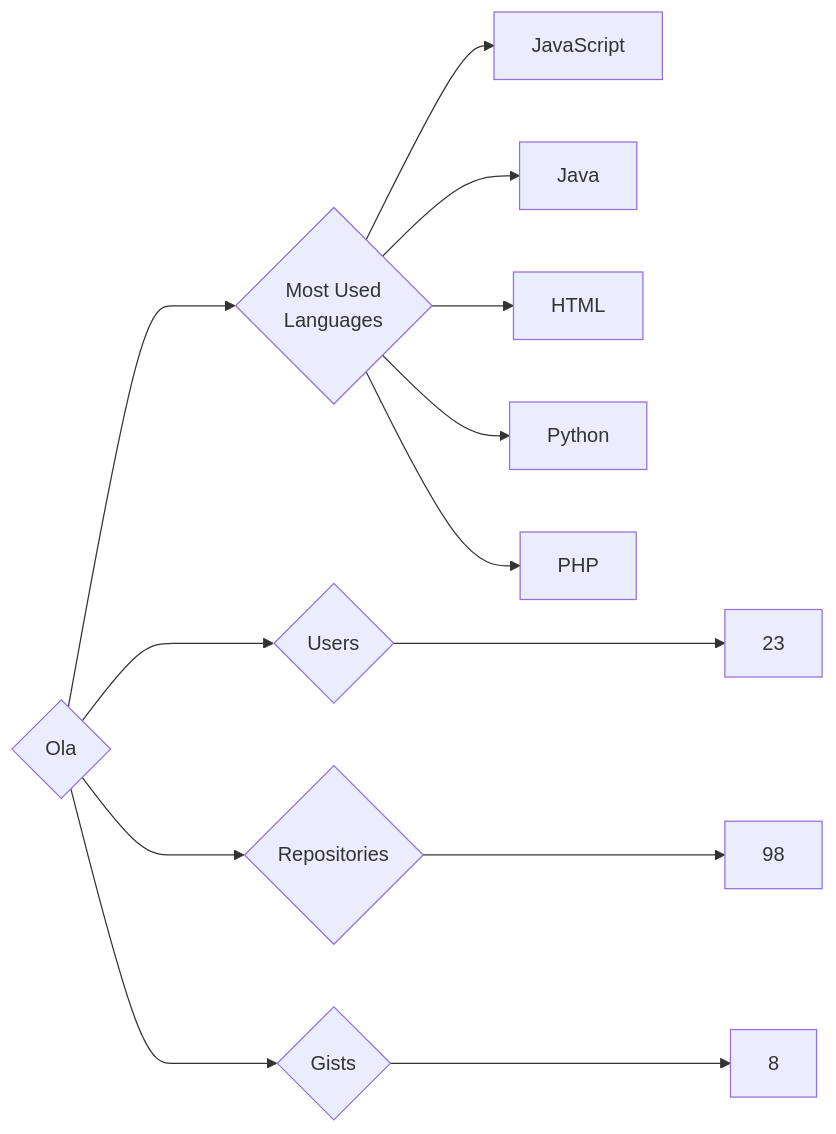
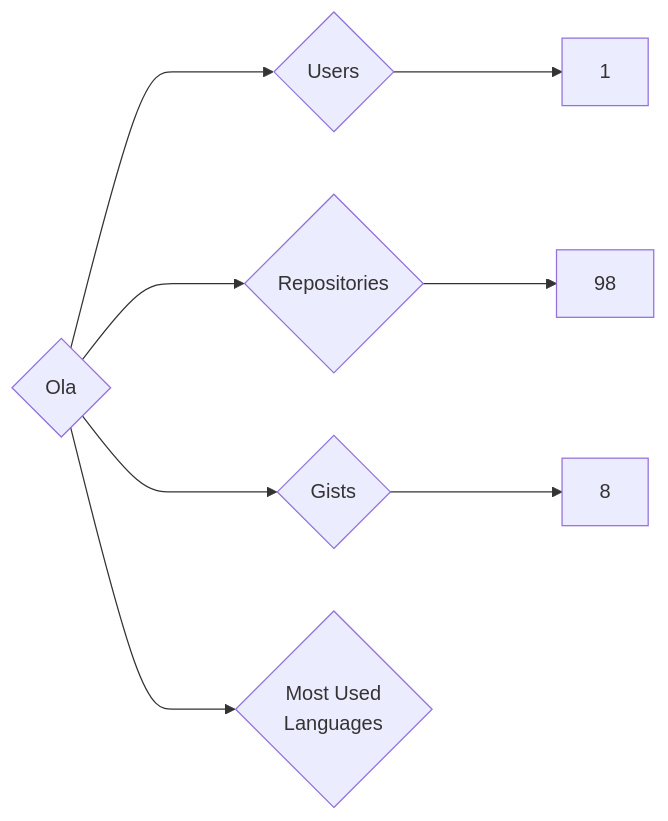
One commit to trickest/insiders changed the diagram in targets/Ola/README.md. Above: the diagram before and after it, drawn with Mermaid. The commit also changed 1011 other files, not shown here.

````diff
--- a/targets/Ola/README.md
+++ b/targets/Ola/README.md
@@ -3,13 +3,8 @@
 ```mermaid
 graph LR
 COMPANY_NAME{Ola}
-COMPANY_NAME ---> U{Users} ---> UN[23]
+COMPANY_NAME ---> U{Users} ---> UN[1]
 COMPANY_NAME ---> R{Repositories} ---> RN[98]
 COMPANY_NAME ---> G{Gists} ---> GN[8]
 COMPANY_NAME ---> ML{Most Used<br>Languages}
-ML --> JavaScript[JavaScript]
-ML --> Java[Java]
-ML --> HTML[HTML]
-ML --> Python[Python]
-ML --> PHP[PHP]
 ```
````
